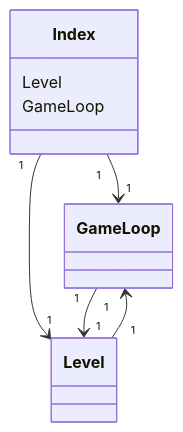
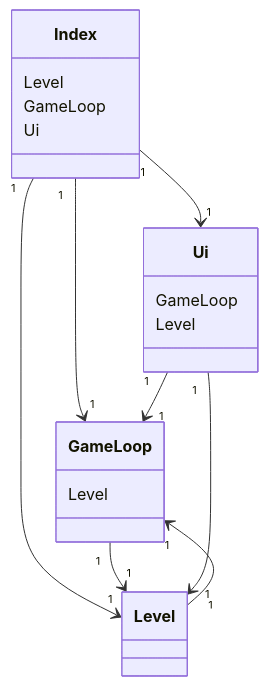
Before and after one commit to AapoTuulentie/ot-harjoitusty-: the first of 2 diagrams in dokumentaatio/arkkitehtuuri.md, drawn with Mermaid.

````diff
--- a/dokumentaatio/arkkitehtuuri.md
+++ b/dokumentaatio/arkkitehtuuri.md
@@ -1,25 +1,34 @@
 ```mermaid
     classDiagram
 
         Index "1" --> "1" GameLoop
         Index "1" --> "1" Level
         Level "1" --> "1" GameLoop
         GameLoop "1" --> "1" Level
+        Index "1" --> "1" Ui
+        Ui "1" --> "1" GameLoop
+        Ui "1" --> "1" Level
 
         class Index{
             Level
             GameLoop
+            Ui
 
         }
 
     class Level{
 
 
     }
 
     class GameLoop{
-
+        Level
 
     }
 
+    class Ui{
+        GameLoop
+        Level
+    }
+    
 ```
````
